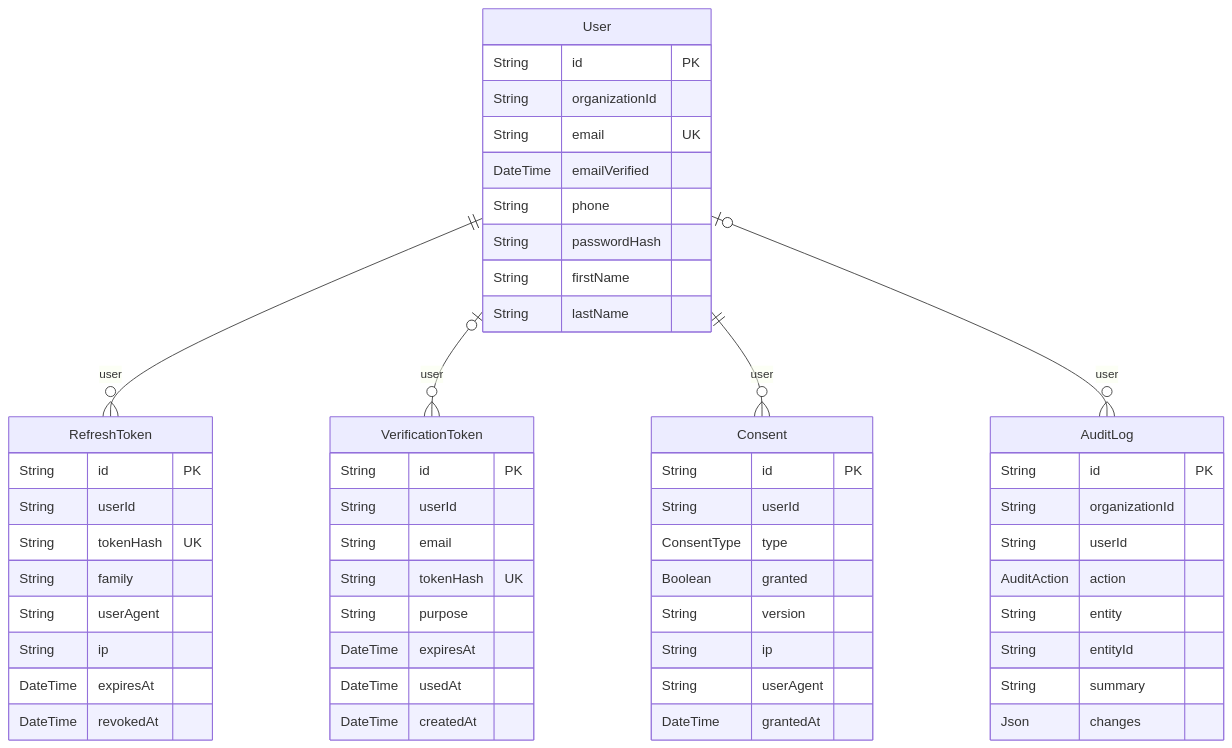
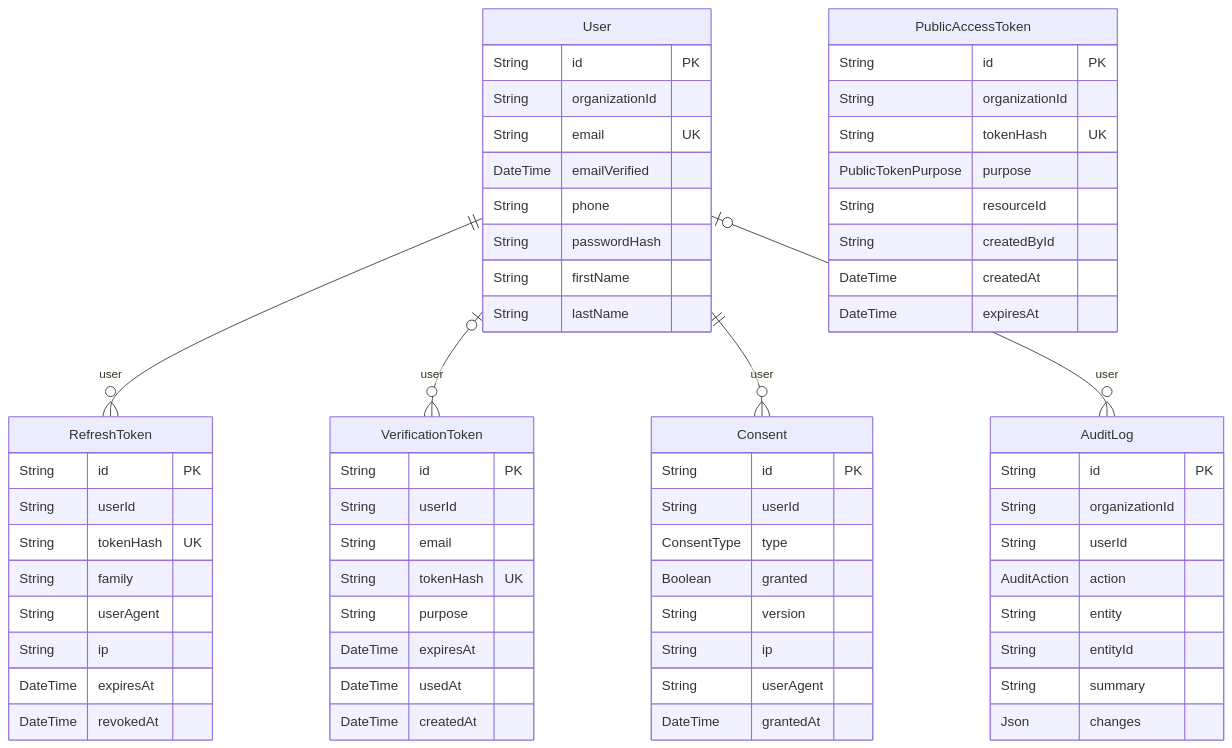
One commit to javadqasemi/Clenaris changed the third of 12 diagrams in docs/DATABASE.md. Above: the diagram before and after it, drawn with Mermaid. The commit also changed other lines of this file and 16 other files, not shown here.

````diff
--- a/docs/DATABASE.md
+++ b/docs/DATABASE.md
@@ -137,57 +137,67 @@
 ```mermaid
 erDiagram
   User {
     String id PK
     String organizationId
     String email UK
     DateTime emailVerified
     String phone
     String passwordHash
     String firstName
     String lastName
   }
   RefreshToken {
     String id PK
     String userId
     String tokenHash UK
     String family
     String userAgent
     String ip
     DateTime expiresAt
     DateTime revokedAt
   }
   VerificationToken {
     String id PK
     String userId
     String email
     String tokenHash UK
     String purpose
     DateTime expiresAt
     DateTime usedAt
     DateTime createdAt
   }
+  PublicAccessToken {
+    String id PK
+    String organizationId
+    String tokenHash UK
+    PublicTokenPurpose purpose
+    String resourceId
+    String createdById
+    DateTime createdAt
+    DateTime expiresAt
+  }
   Consent {
     String id PK
     String userId
     ConsentType type
     Boolean granted
     String version
     String ip
     String userAgent
     DateTime grantedAt
   }
   AuditLog {
     String id PK
     String organizationId
     String userId
     AuditAction action
     String entity
     String entityId
     String summary
     Json changes
   }
   User ||--o{ RefreshToken : "user"
   User |o--o{ VerificationToken : "user"
   User ||--o{ Consent : "user"
   User |o--o{ AuditLog : "user"
 ```
````
